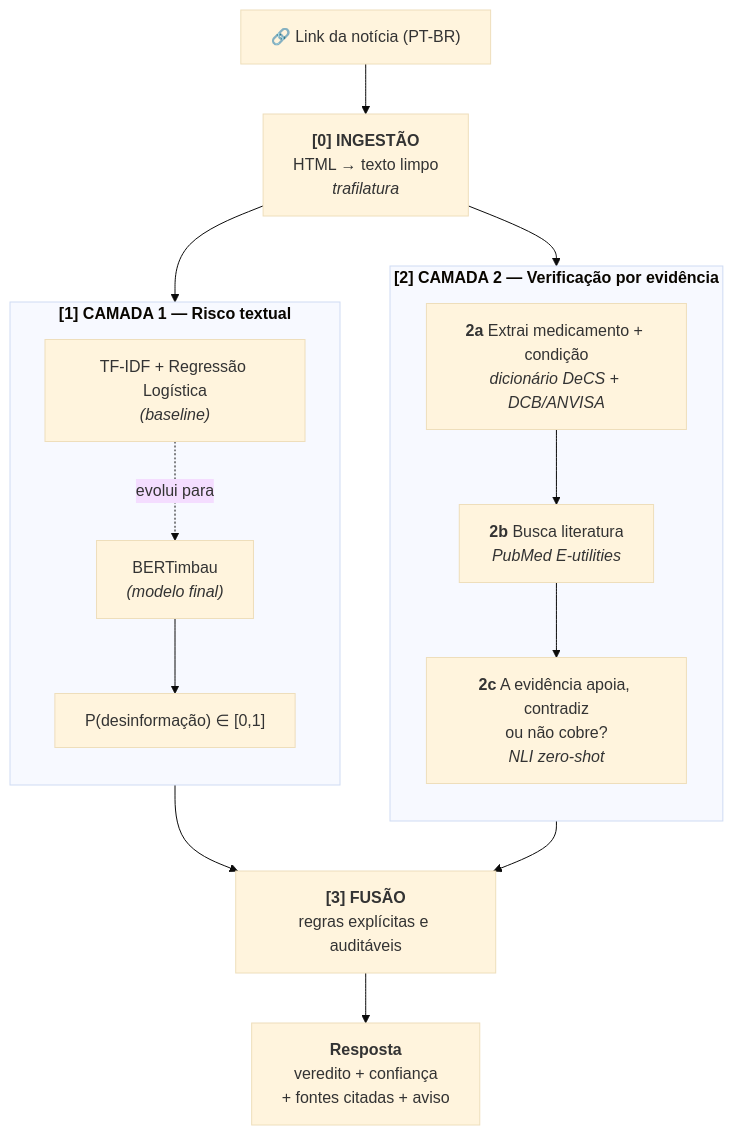
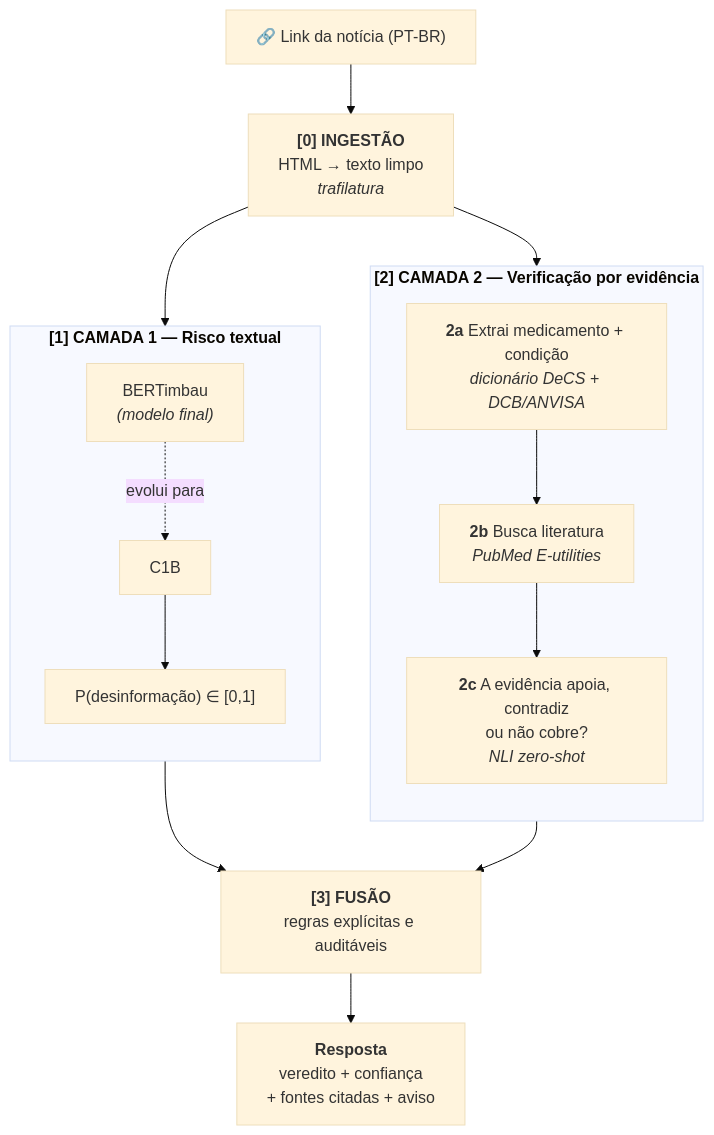
The diagram in docs/arquitetura.md (unb-Sistemas-de-Machine-learning/challenge_1_megatron), drawn with Mermaid (base theme) before and after one commit. The commit also changed other lines of this file and 1 other file, not shown here.

````diff
--- a/docs/arquitetura.md
+++ b/docs/arquitetura.md
@@ -11,31 +11,30 @@
 ```mermaid
 flowchart TD
     L["🔗 Link da notícia (PT-BR)"] --> I
 
     I["<b>[0] INGESTÃO</b><br/>HTML → texto limpo<br/><i>trafilatura</i>"]
 
     I --> C1
     I --> C2
 
     subgraph C1["<b>[1] CAMADA 1 — Risco textual</b>"]
         direction TB
-        C1A["TF-IDF + Regressão Logística<br/><i>(baseline)</i>"]
-        C1B["BERTimbau<br/><i>(modelo final)</i>"]
+        C1A["BERTimbau<br/><i>(modelo final)</i>"]
         C1A -.evolui para.-> C1B
         C1B --> C1C["P(desinformação) ∈ [0,1]"]
     end
 
     subgraph C2["<b>[2] CAMADA 2 — Verificação por evidência</b>"]
         direction TB
         C2A["<b>2a</b> Extrai medicamento + condição<br/><i>dicionário DeCS + DCB/ANVISA</i>"]
         C2B["<b>2b</b> Busca literatura<br/><i>PubMed E-utilities</i>"]
         C2C["<b>2c</b> A evidência apoia, contradiz<br/>ou não cobre?<br/><i>NLI zero-shot</i>"]
         C2A --> C2B --> C2C
     end
 
     C1 --> F
     C2 --> F
 
     F["<b>[3] FUSÃO</b><br/>regras explícitas e auditáveis"]
     F --> R["<b>Resposta</b><br/>veredito + confiança<br/>+ fontes citadas + aviso"]
 ```
````
